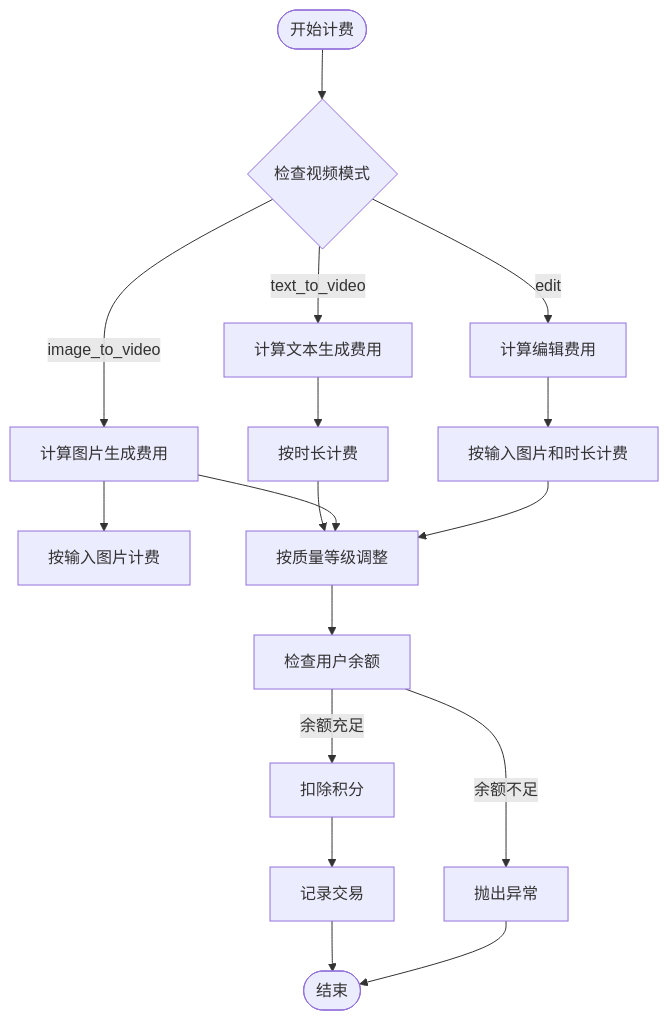
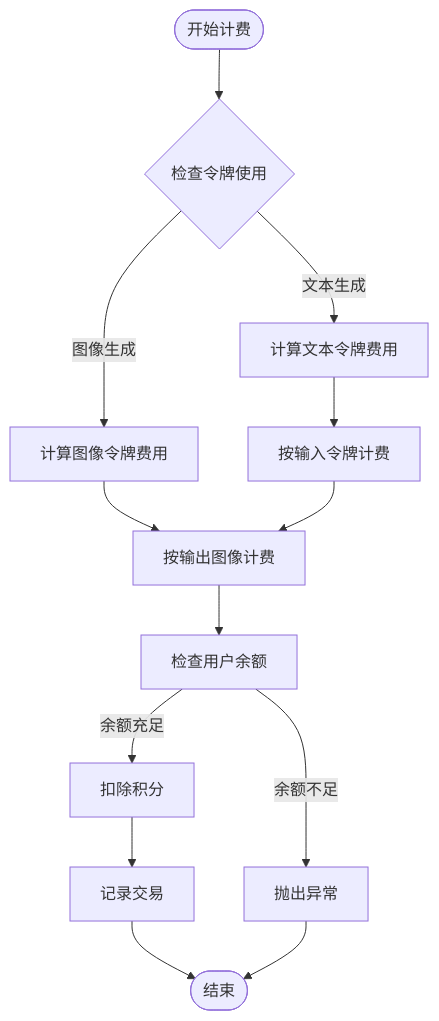
One commit to KunLabAI/KunFlix changed the fifth of 10 diagrams in .qoder/repowiki/zh/content/后端开发指南/视频生成系统.md. Above: the diagram before and after it, drawn with Mermaid. The commit also changed other lines of this file and 43 other files, not shown here.

````diff
--- a/.qoder/repowiki/zh/content/后端开发指南/视频生成系统.md
+++ b/.qoder/repowiki/zh/content/后端开发指南/视频生成系统.md
@@ -435,19 +327,15 @@
 ```mermaid
 flowchart TD
-Start([开始计费]) --> CheckMode{"检查视频模式"}
-CheckMode --> |text_to_video| CalcText["计算文本生成费用"]
-CheckMode --> |image_to_video| CalcImage["计算图片生成费用"]
-CheckMode --> |edit| CalcEdit["计算编辑费用"]
-CalcText --> CalcDuration["按时长计费"]
-CalcImage --> CalcInput["按输入图片计费"]
-CalcEdit --> CalcBoth["按输入图片和时长计费"]
-CalcDuration --> CalcQuality["按质量等级调整"]
-CalcImage --> CalcQuality
-CalcBoth --> CalcQuality
-CalcQuality --> CheckBalance["检查用户余额"]
+Start([开始计费]) --> CheckTokens{"检查令牌使用"}
+CheckTokens --> |文本生成| CalcText["计算文本令牌费用"]
+CheckTokens --> |图像生成| CalcImage["计算图像令牌费用"]
+CalcText --> CalcInput["按输入令牌计费"]
+CalcImage --> CalcOutput["按输出图像计费"]
+CalcInput --> CalcOutput
+CalcOutput --> CheckBalance["检查用户余额"]
 CheckBalance --> |余额充足| Deduct["扣除积分"]
 CheckBalance --> |余额不足| Error["抛出异常"]
 Deduct --> Record["记录交易"]
 Record --> End([结束])
 Error --> End
 ```
````
